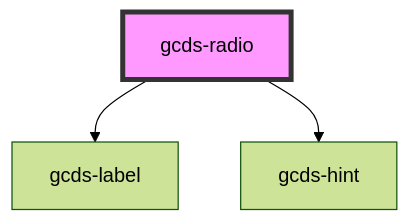
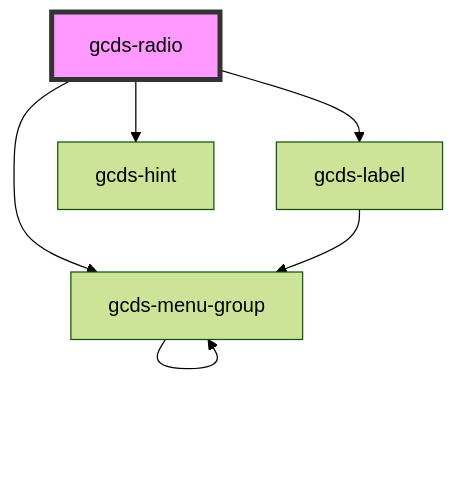
Before and after one commit to cds-snc/gcds-components: the diagram in packages/web/src/components/gcds-radio/readme.md, drawn with Mermaid (forest theme). The commit also changed other lines of this file and 37 other files, not shown here.

````diff
--- a/packages/web/src/components/gcds-radio/readme.md
+++ b/packages/web/src/components/gcds-radio/readme.md
@@ -42,6 +43,9 @@
 ```mermaid
 graph TD;
   gcds-radio --> gcds-label
   gcds-radio --> gcds-hint
+  gcds-radio --> gcds-menu-group
+  gcds-label --> gcds-menu-group
+  gcds-menu-group --> gcds-menu-group
   style gcds-radio fill:#f9f,stroke:#333,stroke-width:4px
 ```
````
